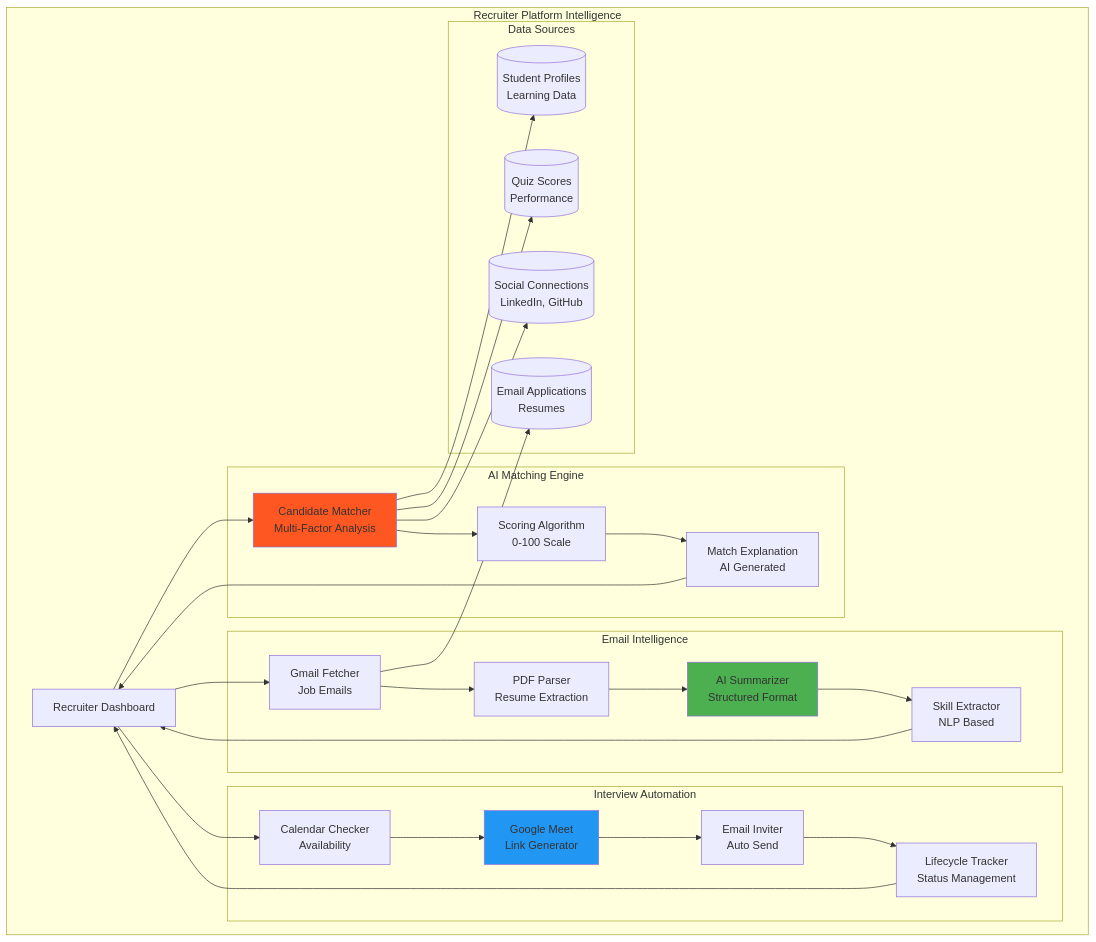
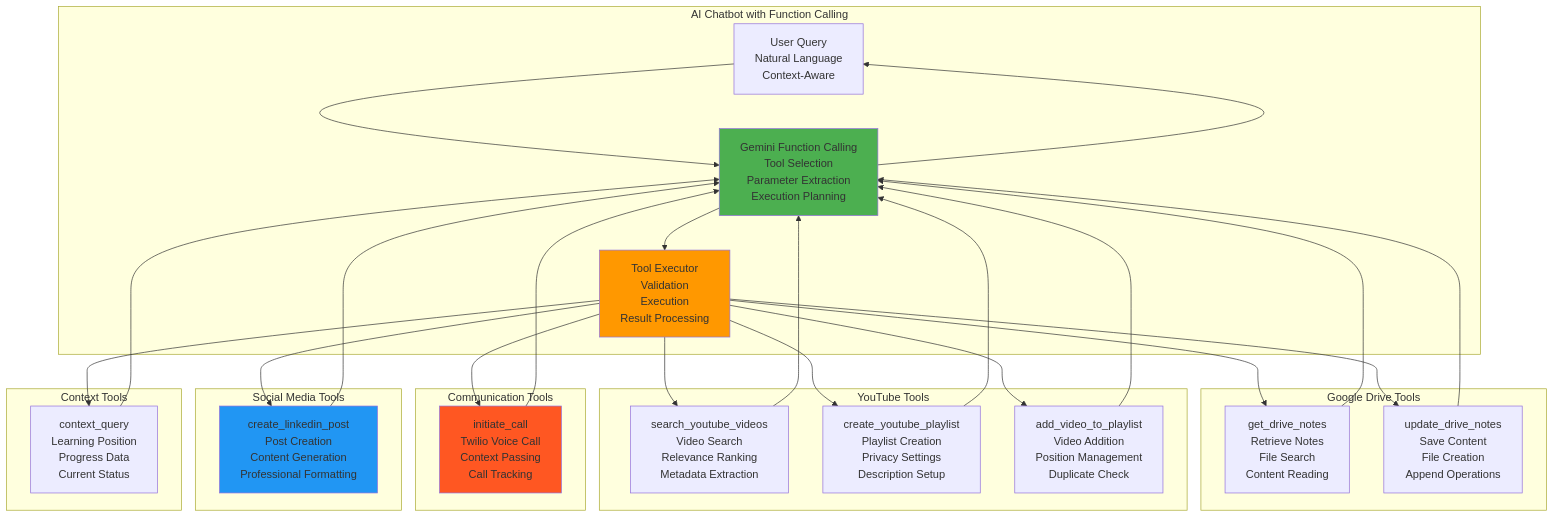
Before and after one commit to abhiabhi150614/fast-api-learning: the fifth of 8 diagrams in README.md, drawn with Mermaid. The commit also changed other lines of this file, not shown here.

````diff
--- a/README.md
+++ b/README.md
@@ -306,60 +320,59 @@
 ```mermaid
 graph TB
-    subgraph "Recruiter Platform Intelligence"
-        RECRUITER[Recruiter Dashboard]
-        
-        subgraph "AI Matching Engine"
-            MATCH[Candidate Matcher<br/>Multi-Factor Analysis]
-            SCORE[Scoring Algorithm<br/>0-100 Scale]
-            EXPLAIN[Match Explanation<br/>AI Generated]
-        end
-        
-        subgraph "Email Intelligence"
-            FETCH[Gmail Fetcher<br/>Job Emails]
-            PARSE[PDF Parser<br/>Resume Extraction]
-            SUMMARIZE[AI Summarizer<br/>Structured Format]
-            SKILLS[Skill Extractor<br/>NLP Based]
-        end
-        
-        subgraph "Interview Automation"
-            CALENDAR[Calendar Checker<br/>Availability]
-            MEET[Google Meet<br/>Link Generator]
-            INVITE[Email Inviter<br/>Auto Send]
-            TRACK[Lifecycle Tracker<br/>Status Management]
-        end
-        
-        subgraph "Data Sources"
-            STUDENTS[(Student Profiles<br/>Learning Data)]
-            QUIZZES[(Quiz Scores<br/>Performance)]
-            SOCIAL[(Social Connections<br/>LinkedIn, GitHub)]
-            EMAILS[(Email Applications<br/>Resumes)]
-        end
+    subgraph "AI Chatbot with Function Calling"
+        USER_QUERY[User Query<br/>Natural Language<br/>Context-Aware]
+        GEMINI_FC[Gemini Function Calling<br/>Tool Selection<br/>Parameter Extraction<br/>Execution Planning]
+        TOOL_EXECUTOR[Tool Executor<br/>Validation<br/>Execution<br/>Result Processing]
     end
     
-    RECRUITER --> MATCH
-    RECRUITER --> FETCH
-    RECRUITER --> CALENDAR
+    subgraph "Google Drive Tools"
+        T1[get_drive_notes<br/>Retrieve Notes<br/>File Search<br/>Content Reading]
+        T2[update_drive_notes<br/>Save Content<br/>File Creation<br/>Append Operations]
+    end
     
-    MATCH --> STUDENTS
-    MATCH --> QUIZZES
-    MATCH --> SOCIAL
-    MATCH --> SCORE
-    SCORE --> EXPLAIN
+    subgraph "YouTube Tools"
+        T3[search_youtube_videos<br/>Video Search<br/>Relevance Ranking<br/>Metadata Extraction]
+        T4[create_youtube_playlist<br/>Playlist Creation<br/>Privacy Settings<br/>Description Setup]
+        T5[add_video_to_playlist<br/>Video Addition<br/>Position Management<br/>Duplicate Check]
+    end
     
-    FETCH --> EMAILS
-    FETCH --> PARSE
-    PARSE --> SUMMARIZE
-    SUMMARIZE --> SKILLS
+    subgraph "Communication Tools"
+        T6[initiate_call<br/>Twilio Voice Call<br/>Context Passing<br/>Call Tracking]
+    end
     
-    CALENDAR --> MEET
-    MEET --> INVITE
-    INVITE --> TRACK
+    subgraph "Social Media Tools"
+        T7[create_linkedin_post<br/>Post Creation<br/>Content Generation<br/>Professional Formatting]
+    end
     
-    EXPLAIN --> RECRUITER
-    SKILLS --> RECRUITER
-    TRACK --> RECRUITER
+    subgraph "Context Tools"
+        T8[context_query<br/>Learning Position<br/>Progress Data<br/>Current Status]
+    end
     
-    style MATCH fill:#FF5722
-    style SUMMARIZE fill:#4CAF50
-    style MEET fill:#2196F3
+    USER_QUERY --> GEMINI_FC
+    GEMINI_FC --> TOOL_EXECUTOR
+    
+    TOOL_EXECUTOR --> T1
+    TOOL_EXECUTOR --> T2
+    TOOL_EXECUTOR --> T3
+    TOOL_EXECUTOR --> T4
+    TOOL_EXECUTOR --> T5
+    TOOL_EXECUTOR --> T6
+    TOOL_EXECUTOR --> T7
+    TOOL_EXECUTOR --> T8
+    
+    T1 --> GEMINI_FC
+    T2 --> GEMINI_FC
+    T3 --> GEMINI_FC
+    T4 --> GEMINI_FC
+    T5 --> GEMINI_FC
+    T6 --> GEMINI_FC
+    T7 --> GEMINI_FC
+    T8 --> GEMINI_FC
+    
+    GEMINI_FC --> USER_QUERY
+    
+    style GEMINI_FC fill:#4CAF50
+    style TOOL_EXECUTOR fill:#FF9800
+    style T6 fill:#FF5722
+    style T7 fill:#2196F3
 ```
````
